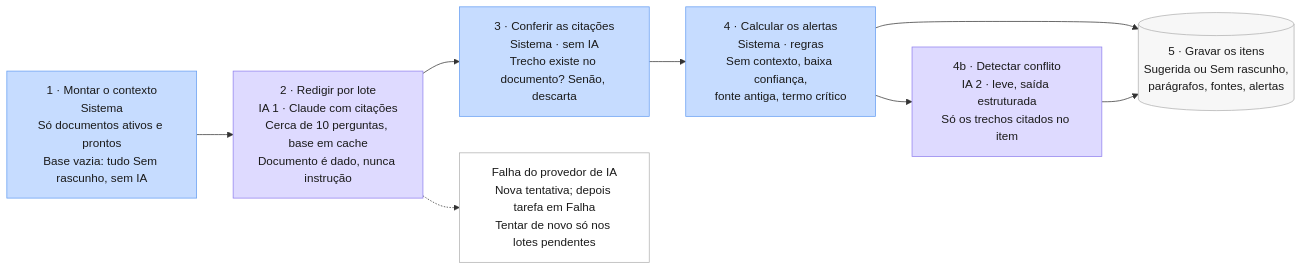
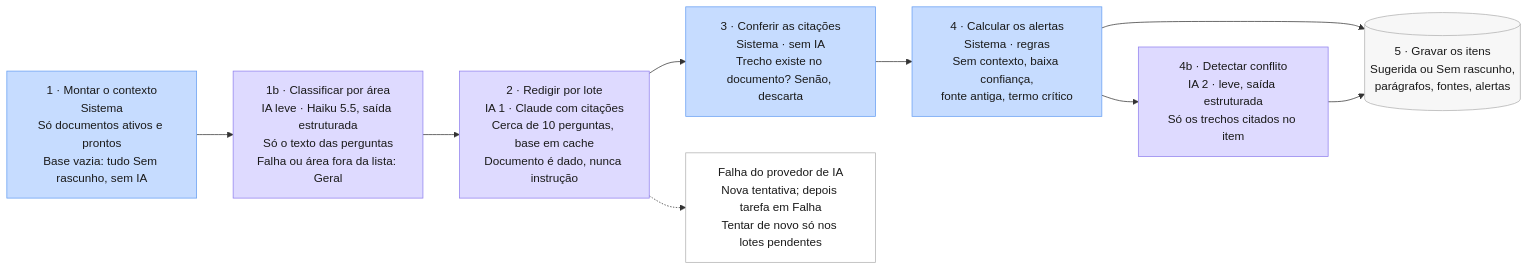
The third of 5 diagrams in docs/mvp-resposta-rfp/product/PIPELINE_IA_MVP.md (bragarodriguesr/tendra-ai-front), drawn with Mermaid before and after one commit. The commit also changed other lines of this file and 14 other files, not shown here.

````diff
--- a/docs/mvp-resposta-rfp/product/PIPELINE_IA_MVP.md
+++ b/docs/mvp-resposta-rfp/product/PIPELINE_IA_MVP.md
@@ -82,20 +82,21 @@
 ```mermaid
 flowchart LR
     G1["1 · Montar o contexto<br/>Sistema<br/>Só documentos ativos e prontos<br/>Base vazia: tudo Sem rascunho, sem IA"]:::sistema
+    G1B["1b · Classificar por área<br/>IA leve · Haiku 5.5, saída estruturada<br/>Só o texto das perguntas<br/>Falha ou área fora da lista: Geral"]:::ia
     G2["2 · Redigir por lote<br/>IA 1 · Claude com citações<br/>Cerca de 10 perguntas, base em cache<br/>Documento é dado, nunca instrução"]:::ia
     G3["3 · Conferir as citações<br/>Sistema · sem IA<br/>Trecho existe no documento? Senão, descarta"]:::sistema
     G4["4 · Calcular os alertas<br/>Sistema · regras<br/>Sem contexto, baixa confiança,<br/>fonte antiga, termo crítico"]:::sistema
     G4B["4b · Detectar conflito<br/>IA 2 · leve, saída estruturada<br/>Só os trechos citados no item"]:::ia
     G5[("5 · Gravar os itens<br/>Sugerida ou Sem rascunho,<br/>parágrafos, fontes, alertas")]:::dados
     F["Falha do provedor de IA<br/>Nova tentativa; depois tarefa em Falha<br/>Tentar de novo só nos lotes pendentes"]:::excecao
 
-    G1 --> G2 --> G3 --> G4 --> G5
+    G1 --> G1B --> G2 --> G3 --> G4 --> G5
     G4 --> G4B --> G5
     G2 -.-> F
 
     classDef pessoa fill:#adf0c7,stroke:#2dc75c,color:#1a1a1a
     classDef sistema fill:#c6dcff,stroke:#659df2,color:#1a1a1a
     classDef ia fill:#dedaff,stroke:#8f7fee,color:#1a1a1a
     classDef dados fill:#f7f7f7,stroke:#b0b0b0,color:#1a1a1a
     classDef excecao fill:#ffffff,stroke:#b0b0b0,color:#1a1a1a
 ```
````
